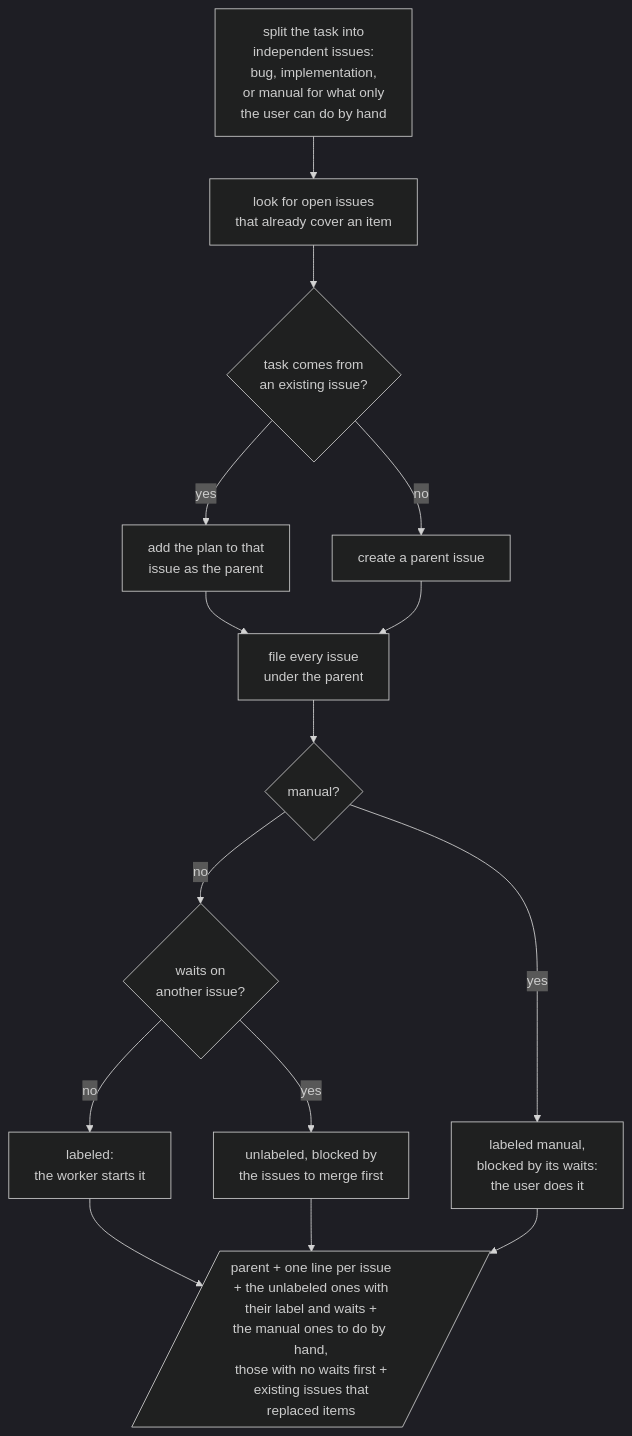
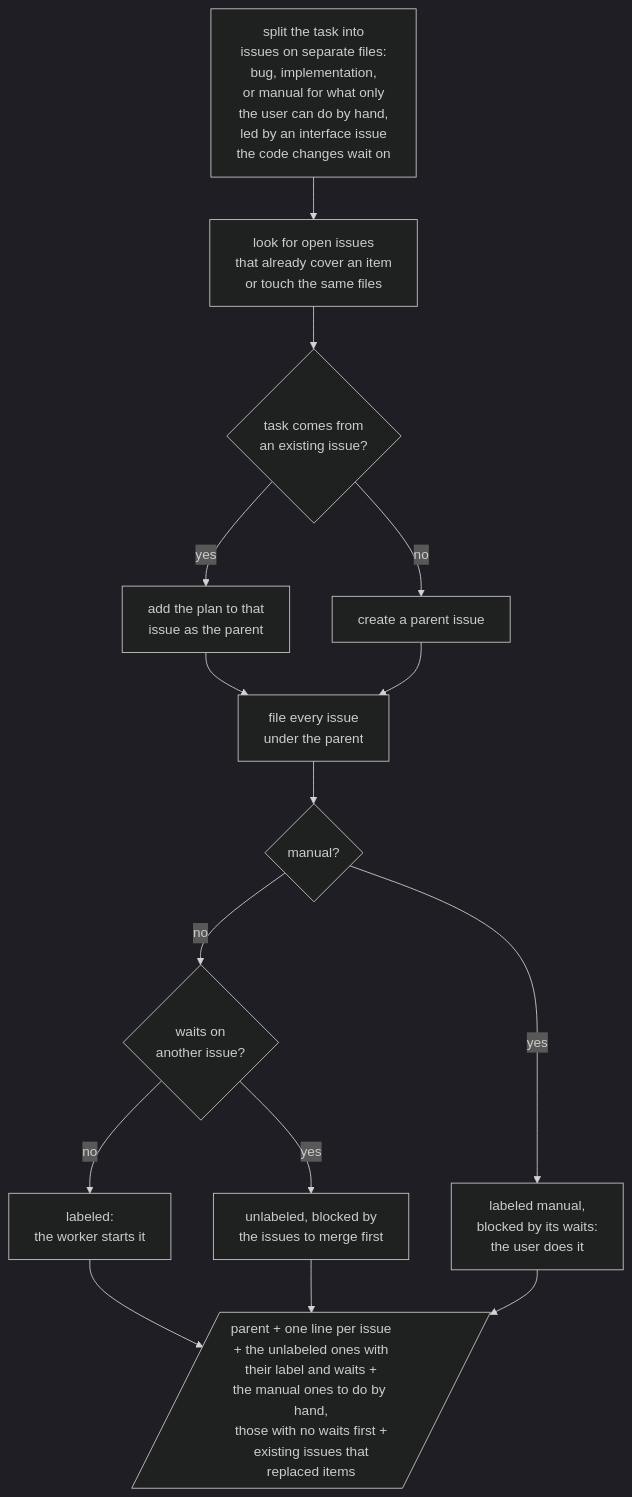
The diagram in shared/skills/delegate/README.md (omni-stove/skill-kit), drawn with Mermaid (dark theme) before and after one commit. The commit also changed 4 other files, not shown here.

````diff
--- a/shared/skills/delegate/README.md
+++ b/shared/skills/delegate/README.md
@@ -3,18 +3,18 @@
 ```mermaid
 flowchart TD
-  split["split the task into<br/>independent issues:<br/>bug, implementation,<br/>or manual for what only<br/>the user can do by hand"]
-  split --> similar[look for open issues<br/>that already cover an item]
+  split["split the task into<br/>issues on separate files:<br/>bug, implementation,<br/>or manual for what only<br/>the user can do by hand,<br/>led by an interface issue<br/>the code changes wait on"]
+  split --> similar[look for open issues<br/>that already cover an item<br/>or touch the same files]
   similar --> origin{task comes from<br/>an existing issue?}
   origin -- "yes" --> comment[add the plan to that<br/>issue as the parent]
   origin -- "no" --> parent[create a parent issue]
   comment --> create[file every issue<br/>under the parent]
   create --> kind{manual?}
   kind -- "yes" --> manual[labeled manual,<br/>blocked by its waits:<br/>the user does it]
   kind -- "no" --> wait{waits on<br/>another issue?}
   wait -- "no" --> now[labeled:<br/>the worker starts it]
   wait -- "yes" --> later[unlabeled, blocked by<br/>the issues to merge first]
   parent --> create
   now --> report[/"parent + one line per issue<br/>+ the unlabeled ones with<br/>their label and waits +<br/>the manual ones to do by hand,<br/>those with no waits first +<br/>existing issues that<br/>replaced items"/]
   later --> report
   manual --> report
 ```
````
